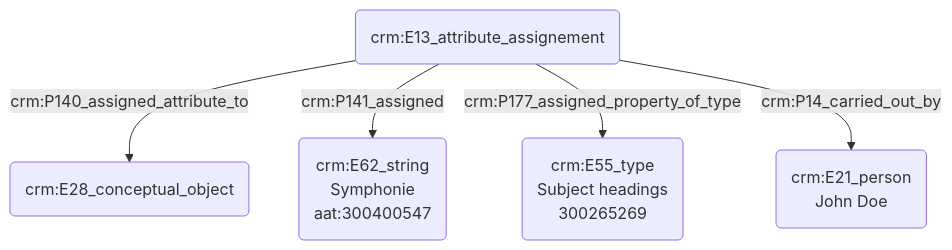
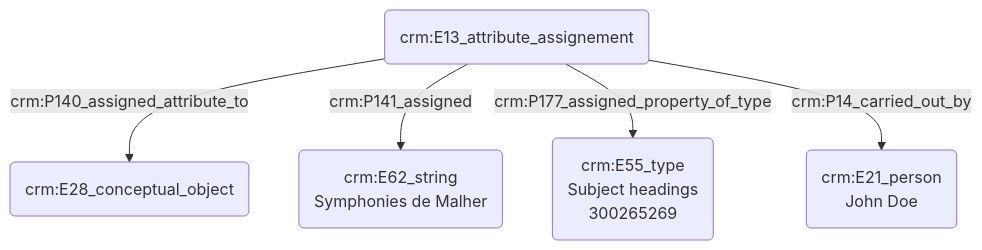
One commit to Amleth/consortium-musica2-gt2-ontologies changed the diagram in modules/livrables/Dossier 2/Indexation conceptuelle/indexation d'une thématique.md. Above: the diagram before and after it, drawn with Mermaid.

Commit message:
Update indexation d'une thématique.md

````diff
--- a/modules/livrables/Dossier 2/Indexation conceptuelle/indexation d'une thématique.md
+++ b/modules/livrables/Dossier 2/Indexation conceptuelle/indexation d'une thématique.md
@@ -16,9 +16,9 @@
 ```mermaid
 graph TD;
 
 D(crm:E13_attribute_assignement) --> |crm:P140_assigned_attribute_to| A(crm:E28_conceptual_object)
-D(crm:E13_attribute_assignement) --> |crm:P141_assigned| B(crm:E62_string<br>Symphonie<br>aat:300400547)
+D(crm:E13_attribute_assignement) --> |crm:P141_assigned| B(crm:E62_string<br>Symphonies de Malher)
 D(crm:E13_attribute_assignement) --> |crm:P177_assigned_property_of_type| C(crm:E55_type<br>Subject headings<br>300265269)
 D(crm:E13_attribute_assignement) --> |crm:P14_carried_out_by| F(crm:E21_person<br>John Doe)
 
 ```
````
